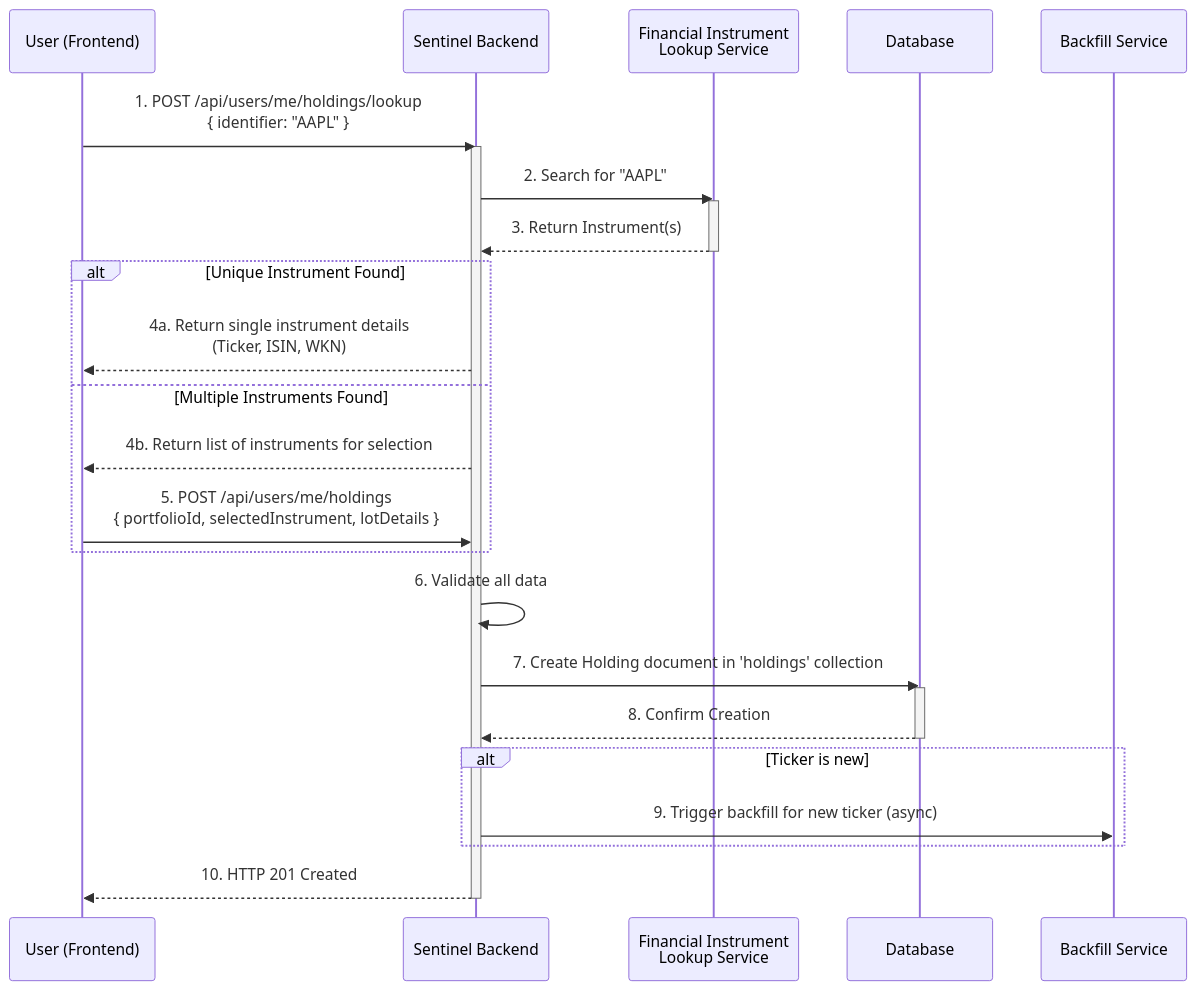
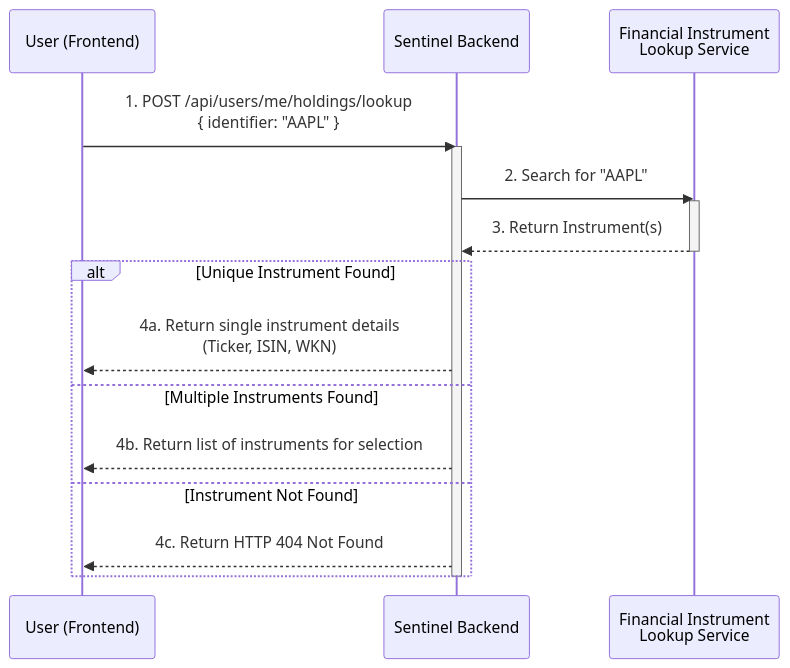
Diagram 22 of 43 in product_spec.md (enzhao/Sentinel), drawn with Mermaid before and after one commit. The commit also changed other lines of this file, not shown here.

````diff
--- a/product_spec.md
+++ b/product_spec.md
@@ -1694,35 +1718,22 @@
 ```mermaid
 sequenceDiagram
     participant User as User (Frontend)
     participant Sentinel as Sentinel Backend
     participant Lookup as Financial Instrument<br>Lookup Service
-    participant DB as Database
-    participant Backfill as Backfill Service
 
     User->>Sentinel: 1. POST /api/users/me/holdings/lookup<br> { identifier: "AAPL" }
     activate Sentinel
     Sentinel->>Lookup: 2. Search for "AAPL"
     activate Lookup
     Lookup-->>Sentinel: 3. Return Instrument(s)
     deactivate Lookup
     
     alt Unique Instrument Found
         Sentinel-->>User: 4a. Return single instrument details<br> (Ticker, ISIN, WKN)
     else Multiple Instruments Found
         Sentinel-->>User: 4b. Return list of instruments for selection
-        User->>Sentinel: 5. POST /api/users/me/holdings<br> { portfolioId, selectedInstrument, lotDetails }
+    else Instrument Not Found
+        Sentinel-->>User: 4c. Return HTTP 404 Not Found
     end
-
-    Sentinel->>Sentinel: 6. Validate all data
-    Sentinel->>DB: 7. Create Holding document in 'holdings' collection
-    activate DB
-    DB-->>Sentinel: 8. Confirm Creation
-    deactivate DB
-    
-    alt Ticker is new
-        Sentinel->>Backfill: 9. Trigger backfill for new ticker (async)
-    end
-
-    Sentinel-->>User: 10. HTTP 201 Created
     deactivate Sentinel
 ```
````
